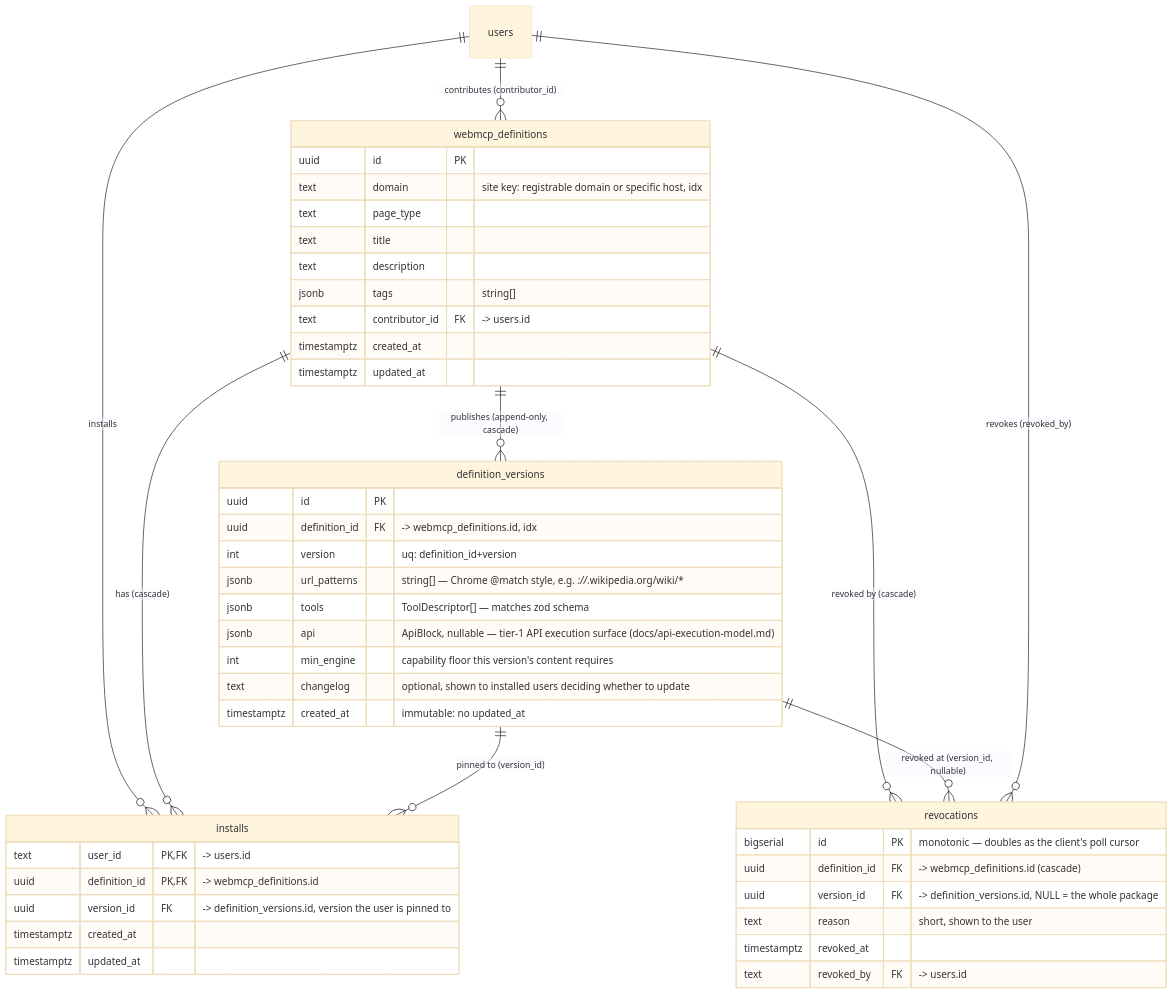
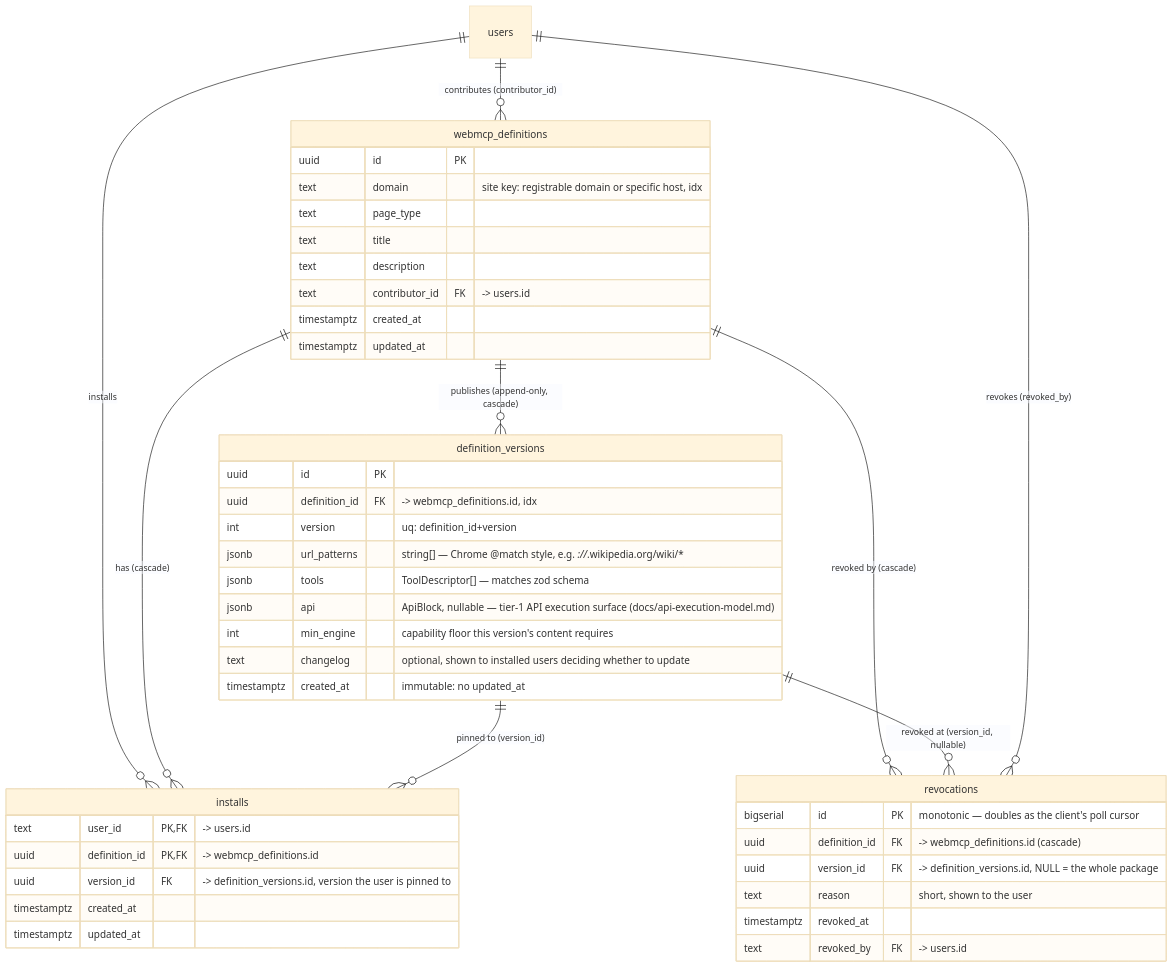
Before and after one commit to robertn702/webmcp-today: the first of 2 diagrams in docs/erd.md, drawn with Mermaid (base theme). The commit also changed other lines of this file and 13 other files, not shown here.

````diff
--- a/docs/erd.md
+++ b/docs/erd.md
@@ -11,52 +11,51 @@
 ```mermaid
 erDiagram
     users ||--o{ webmcp_definitions : "contributes (contributor_id)"
     users ||--o{ installs : installs
     webmcp_definitions ||--o{ definition_versions : "publishes (append-only, cascade)"
     webmcp_definitions ||--o{ installs : "has (cascade)"
     definition_versions ||--o{ installs : "pinned to (version_id)"
     webmcp_definitions ||--o{ revocations : "revoked by (cascade)"
     definition_versions ||--o{ revocations : "revoked at (version_id, nullable)"
     users ||--o{ revocations : "revokes (revoked_by)"
 
     webmcp_definitions {
         uuid id PK
         text domain "site key: registrable domain or specific host, idx"
         text page_type
         text title
         text description
-        jsonb tags "string[]"
         text contributor_id FK "-> users.id"
         timestamptz created_at
         timestamptz updated_at
     }
 
     definition_versions {
         uuid id PK
         uuid definition_id FK "-> webmcp_definitions.id, idx"
         int version "uq: definition_id+version"
         jsonb url_patterns "string[] — Chrome @match style, e.g. *://*.wikipedia.org/wiki/*"
         jsonb tools "ToolDescriptor[] — matches zod schema"
         jsonb api "ApiBlock, nullable — tier-1 API execution surface (docs/api-execution-model.md)"
         int min_engine "capability floor this version's content requires"
         text changelog "optional, shown to installed users deciding whether to update"
         timestamptz created_at "immutable: no updated_at"
     }
 
     installs {
         text user_id PK,FK "-> users.id"
         uuid definition_id PK,FK "-> webmcp_definitions.id"
         uuid version_id FK "-> definition_versions.id, version the user is pinned to"
         timestamptz created_at
         timestamptz updated_at
     }
 
     revocations {
         bigserial id PK "monotonic — doubles as the client's poll cursor"
         uuid definition_id FK "-> webmcp_definitions.id (cascade)"
         uuid version_id FK "-> definition_versions.id, NULL = the whole package"
         text reason "short, shown to the user"
         timestamptz revoked_at
         text revoked_by FK "-> users.id"
     }
 ```
````
